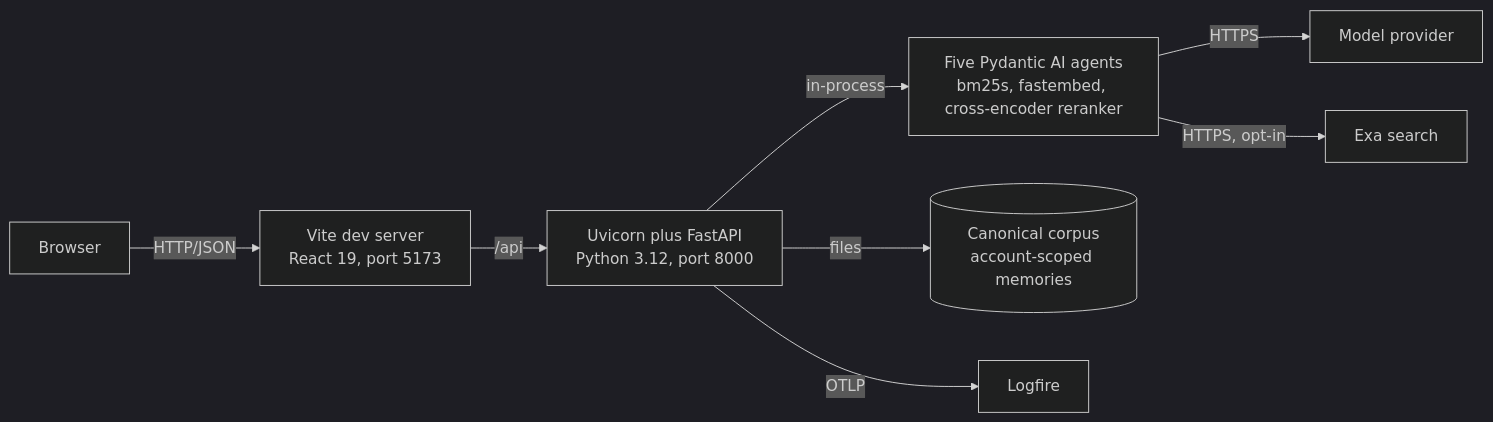
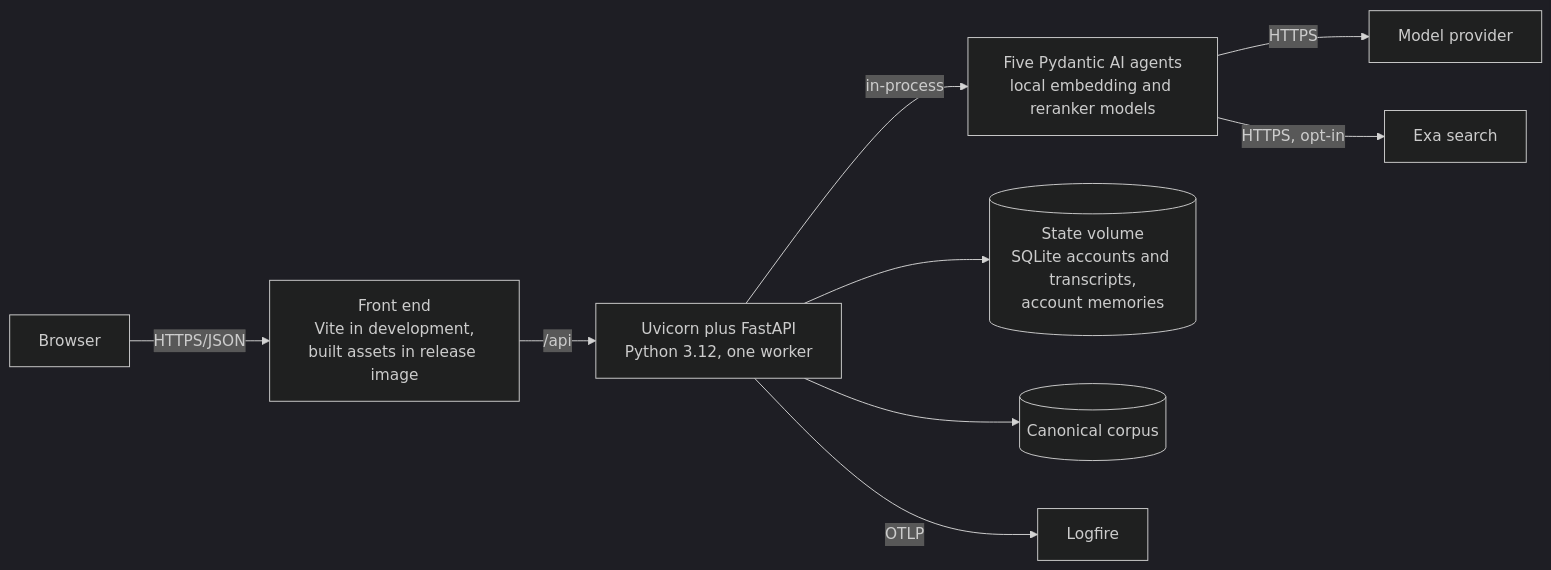
One commit to DesmondChoy/linger changed the third of 4 diagrams in docs/report/group-project-report.md. Above: the diagram before and after it, drawn with Mermaid (dark theme). The commit also changed other lines of this file, not shown here.

````diff
--- a/docs/report/group-project-report.md
+++ b/docs/report/group-project-report.md
@@ -132,10 +198,11 @@
 ```mermaid
 flowchart LR
-    Browser[Browser] -->|HTTP/JSON| Vite[Vite dev server<br/>React 19, port 5173]
-    Vite -->|/api| Uvicorn[Uvicorn plus FastAPI<br/>Python 3.12, port 8000]
-    Uvicorn -->|in-process| Agents[Five Pydantic AI agents<br/>bm25s, fastembed, cross-encoder reranker]
-    Uvicorn -->|files| Stores[(Canonical corpus<br/>account-scoped memories)]
+    Browser[Browser] -->|HTTPS/JSON| FE[Front end<br/>Vite in development,<br/>built assets in release image]
+    FE -->|/api| BE[Uvicorn plus FastAPI<br/>Python 3.12, one worker]
+    BE -->|in-process| Agents[Five Pydantic AI agents<br/>local embedding and reranker models]
+    BE --> State[(State volume<br/>SQLite accounts and transcripts,<br/>account memories)]
+    BE --> Corpus[(Canonical corpus)]
     Agents -->|HTTPS| LLM[Model provider]
     Agents -->|HTTPS, opt-in| Exa[Exa search]
-    Uvicorn -->|OTLP| Logfire[Logfire]
+    BE -->|OTLP| Logfire[Logfire]
 ```
````
